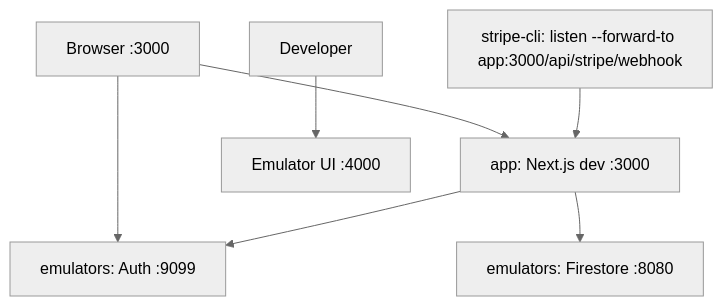
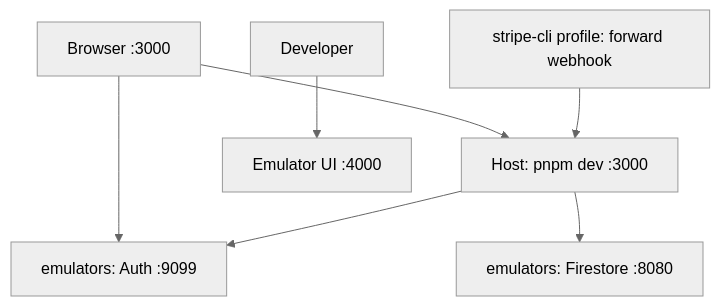
Before and after one commit to gassius/prosefield: the third of 3 diagrams in docs/architecture.md, drawn with Mermaid (neutral theme). The commit also changed other lines of this file and 9 other files, not shown here.

````diff
--- a/docs/architecture.md
+++ b/docs/architecture.md
@@ -293,9 +292,9 @@
 ```mermaid
 flowchart TB
-    B["Browser :3000"] --> N["app: Next.js dev :3000"]
+    B["Browser :3000"] --> N["Host: pnpm dev :3000"]
     B --> AE["emulators: Auth :9099"]
     N --> AE
     N --> FE["emulators: Firestore :8080"]
     Dev["Developer"] --> UI["Emulator UI :4000"]
-    SC["stripe-cli: listen --forward-to app:3000/api/stripe/webhook"] --> N
+    SC["stripe-cli profile: forward webhook"] --> N
 ```
````
